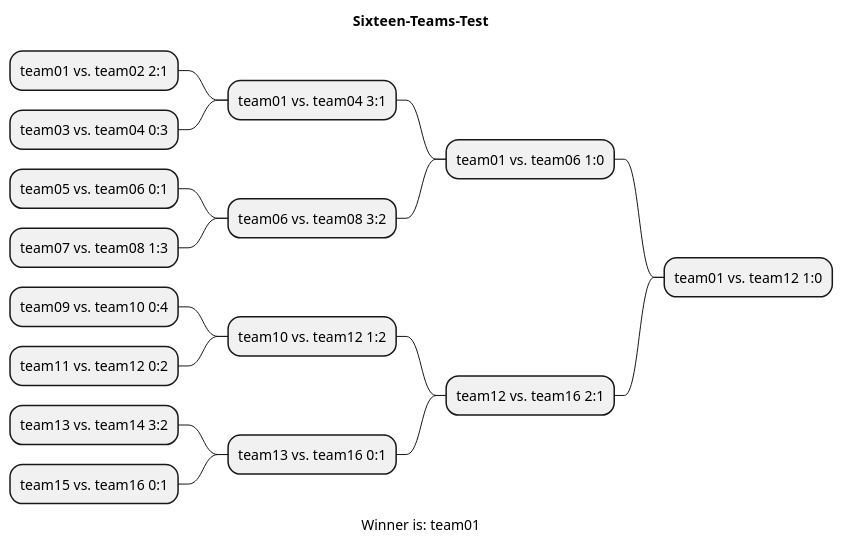
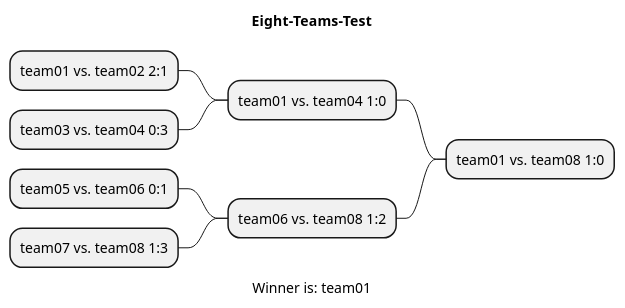
The diagram in asciidocs/plantuml/Result.puml (htl-leonding-project/2022-4ahif-autohaus), drawn with PlantUML before and after one commit. The commit also changed 9 other files, not shown here.

```diff
--- a/asciidocs/plantuml/Result.puml
+++ b/asciidocs/plantuml/Result.puml
@@ -1,34 +1,18 @@
-@startmindmap Sixteen-Teams-Test.png
-title Sixteen-Teams-Test
+@startmindmap Eight-Teams-Test.png
+title Eight-Teams-Test
 
-- team01 vs. team12 1:0
+- team01 vs. team08 1:0
 
--- team01 vs. team06 1:0
+-- team01 vs. team04 1:0
 
---- team01 vs. team04 3:1
+--- team01 vs. team02 2:1
 
----- team01 vs. team02 2:1
+--- team03 vs. team04 0:3
 
----- team03 vs. team04 0:3
+-- team06 vs. team08 1:2
 
---- team06 vs. team08 3:2
+--- team05 vs. team06 0:1
 
----- team05 vs. team06 0:1
-
----- team07 vs. team08 1:3
-
--- team12 vs. team16 2:1
-
---- team10 vs. team12 1:2
-
----- team09 vs. team10 0:4
-
----- team11 vs. team12 0:2
-
---- team13 vs. team16 0:1
-
----- team13 vs. team14 3:2
-
----- team15 vs. team16 0:1
+--- team07 vs. team08 1:3
 caption Winner is: team01
 @endmindmap
```
